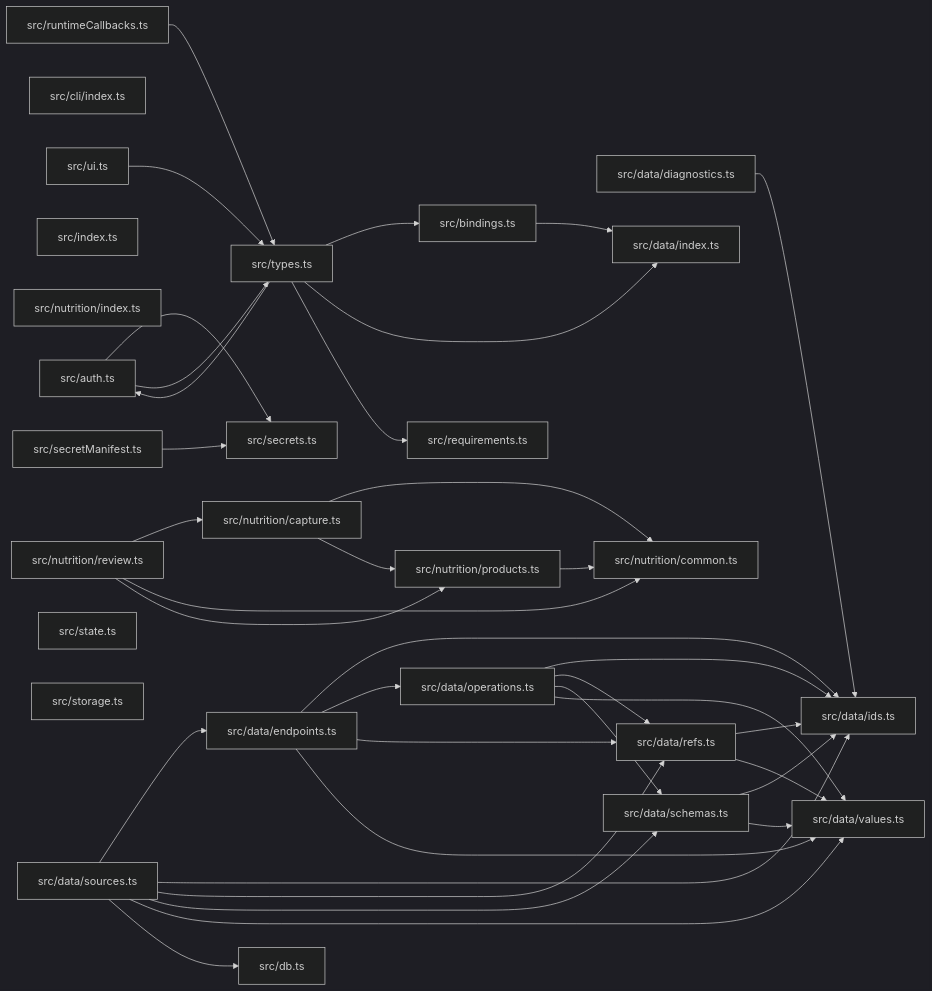
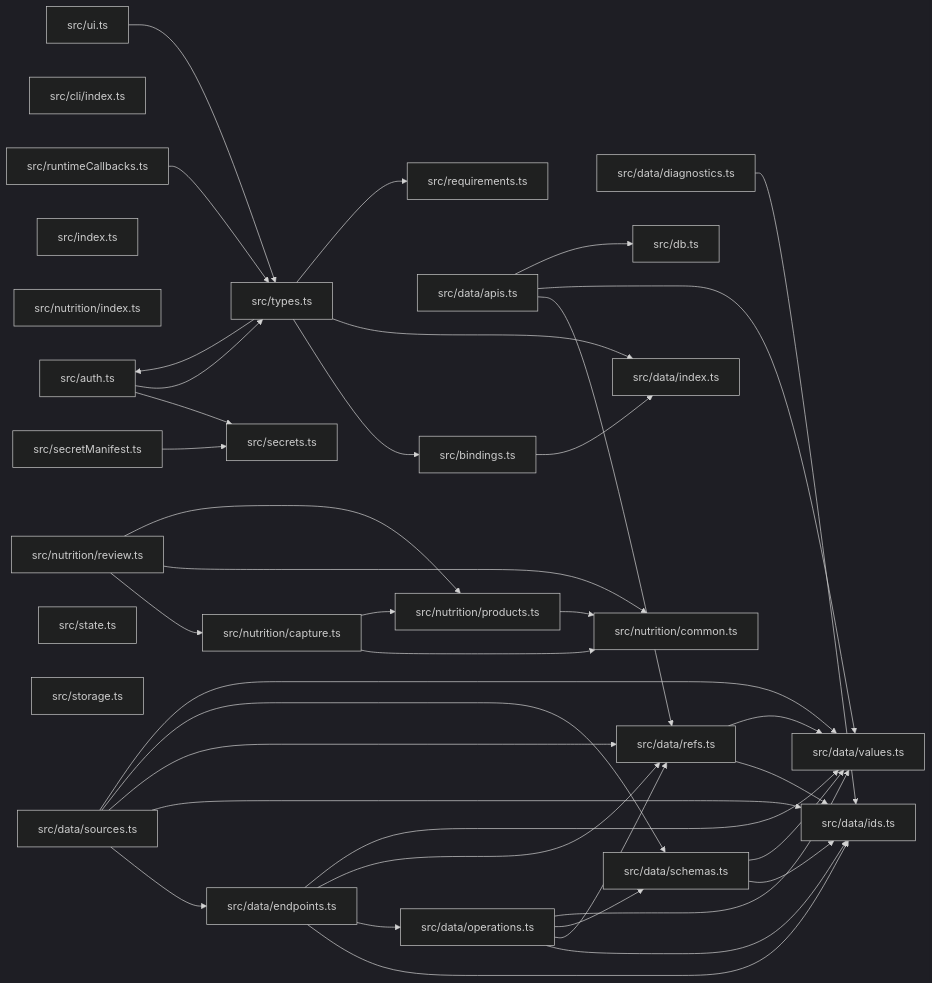
One commit to ankhorage/contracts changed the diagram in paradox/diagrams/module-relationships.mmd. Above: the diagram before and after it, drawn with Mermaid (dark theme). The commit also changed 6 other files, not shown here.

```diff
--- a/paradox/diagrams/module-relationships.mmd
+++ b/paradox/diagrams/module-relationships.mmd
@@ -1,63 +1,66 @@
 graph LR
   module_src_auth_ts["src/auth.ts"]
   module_src_bindings_ts["src/bindings.ts"]
   module_src_cli_index_ts["src/cli/index.ts"]
+  module_src_data_apis_ts["src/data/apis.ts"]
   module_src_data_diagnostics_ts["src/data/diagnostics.ts"]
   module_src_data_endpoints_ts["src/data/endpoints.ts"]
   module_src_data_ids_ts["src/data/ids.ts"]
   module_src_data_index_ts["src/data/index.ts"]
   module_src_data_operations_ts["src/data/operations.ts"]
   module_src_data_refs_ts["src/data/refs.ts"]
   module_src_data_schemas_ts["src/data/schemas.ts"]
   module_src_data_sources_ts["src/data/sources.ts"]
   module_src_data_values_ts["src/data/values.ts"]
   module_src_db_ts["src/db.ts"]
   module_src_index_ts["src/index.ts"]
   module_src_nutrition_capture_ts["src/nutrition/capture.ts"]
   module_src_nutrition_common_ts["src/nutrition/common.ts"]
   module_src_nutrition_index_ts["src/nutrition/index.ts"]
   module_src_nutrition_products_ts["src/nutrition/products.ts"]
   module_src_nutrition_review_ts["src/nutrition/review.ts"]
   module_src_requirements_ts["src/requirements.ts"]
   module_src_runtimeCallbacks_ts["src/runtimeCallbacks.ts"]
   module_src_secretManifest_ts["src/secretManifest.ts"]
   module_src_secrets_ts["src/secrets.ts"]
   module_src_state_ts["src/state.ts"]
   module_src_storage_ts["src/storage.ts"]
   module_src_types_ts["src/types.ts"]
   module_src_ui_ts["src/ui.ts"]
   module_src_auth_ts --> module_src_secrets_ts
   module_src_auth_ts --> module_src_types_ts
   module_src_bindings_ts --> module_src_data_index_ts
+  module_src_data_apis_ts --> module_src_data_refs_ts
+  module_src_data_apis_ts --> module_src_data_values_ts
+  module_src_data_apis_ts --> module_src_db_ts
   module_src_data_diagnostics_ts --> module_src_data_ids_ts
   module_src_data_endpoints_ts --> module_src_data_ids_ts
   module_src_data_endpoints_ts --> module_src_data_operations_ts
   module_src_data_endpoints_ts --> module_src_data_refs_ts
   module_src_data_endpoints_ts --> module_src_data_values_ts
   module_src_data_operations_ts --> module_src_data_ids_ts
   module_src_data_operations_ts --> module_src_data_refs_ts
   module_src_data_operations_ts --> module_src_data_schemas_ts
   module_src_data_operations_ts --> module_src_data_values_ts
   module_src_data_refs_ts --> module_src_data_ids_ts
   module_src_data_refs_ts --> module_src_data_values_ts
   module_src_data_schemas_ts --> module_src_data_ids_ts
   module_src_data_schemas_ts --> module_src_data_values_ts
   module_src_data_sources_ts --> module_src_data_endpoints_ts
   module_src_data_sources_ts --> module_src_data_ids_ts
   module_src_data_sources_ts --> module_src_data_refs_ts
   module_src_data_sources_ts --> module_src_data_schemas_ts
   module_src_data_sources_ts --> module_src_data_values_ts
-  module_src_data_sources_ts --> module_src_db_ts
   module_src_nutrition_capture_ts --> module_src_nutrition_common_ts
   module_src_nutrition_capture_ts --> module_src_nutrition_products_ts
   module_src_nutrition_products_ts --> module_src_nutrition_common_ts
   module_src_nutrition_review_ts --> module_src_nutrition_capture_ts
   module_src_nutrition_review_ts --> module_src_nutrition_common_ts
   module_src_nutrition_review_ts --> module_src_nutrition_products_ts
   module_src_runtimeCallbacks_ts --> module_src_types_ts
   module_src_secretManifest_ts --> module_src_secrets_ts
   module_src_types_ts --> module_src_auth_ts
   module_src_types_ts --> module_src_bindings_ts
   module_src_types_ts --> module_src_data_index_ts
   module_src_types_ts --> module_src_requirements_ts
   module_src_ui_ts --> module_src_types_ts
```
